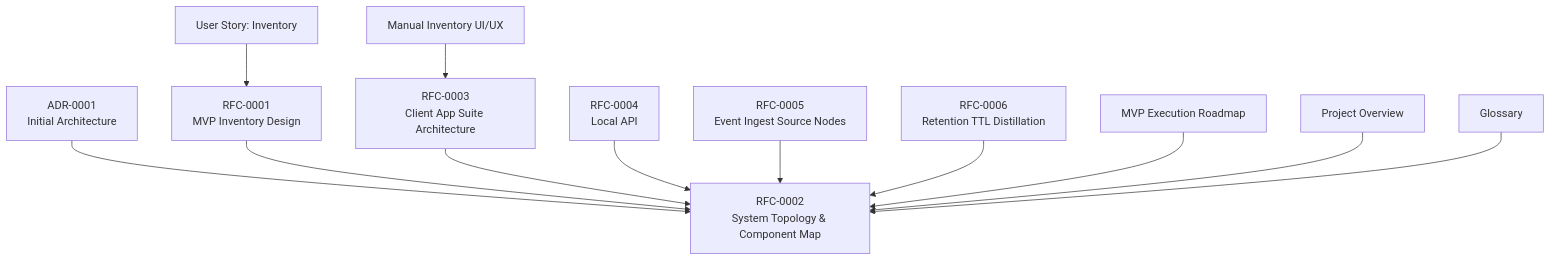
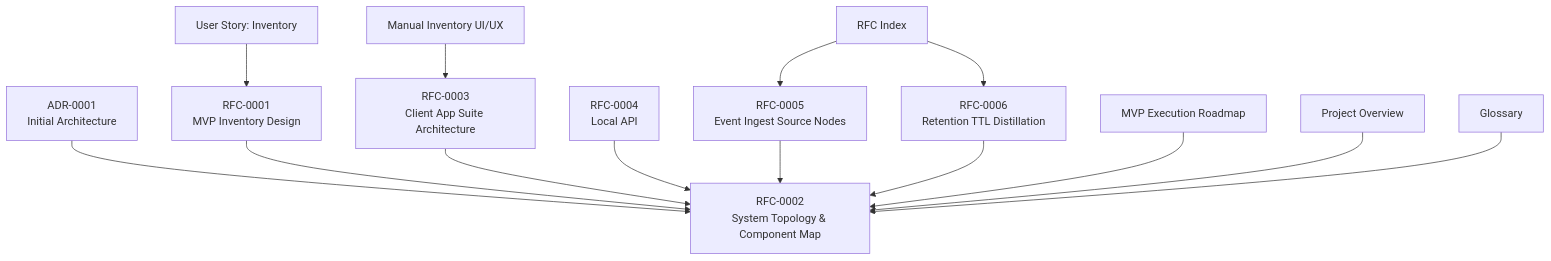
The first of 2 diagrams in .qoder/repowiki/en/content/Technical Design Specifications.md (asukhodko/timeskein), drawn with Mermaid before and after one commit. The commit also changed other lines of this file and 6 other files, not shown here.

````diff
--- a/.qoder/repowiki/en/content/Technical Design Specifications.md
+++ b/.qoder/repowiki/en/content/Technical Design Specifications.md
@@ -54,14 +60,16 @@
 ```mermaid
 graph TB
 ADR["ADR-0001<br/>Initial Architecture"] --> RFC2["RFC-0002<br/>System Topology & Component Map"]
 RFC1["RFC-0001<br/>MVP Inventory Design"] --> RFC2
 RFC3["RFC-0003<br/>Client App Suite Architecture"] --> RFC2
 RFC4["RFC-0004<br/>Local API"] --> RFC2
 RFC5["RFC-0005<br/>Event Ingest Source Nodes"] --> RFC2
 RFC6["RFC-0006<br/>Retention TTL Distillation"] --> RFC2
 US1["User Story: Inventory"] --> RFC1
 UX["Manual Inventory UI/UX"] --> RFC3
 Roadmap["MVP Execution Roadmap"] --> RFC2
 Overview["Project Overview"] --> RFC2
 Glossary["Glossary"] --> RFC2
+RFCIndex["RFC Index"] --> RFC5
+RFCIndex --> RFC6
 ```
````
